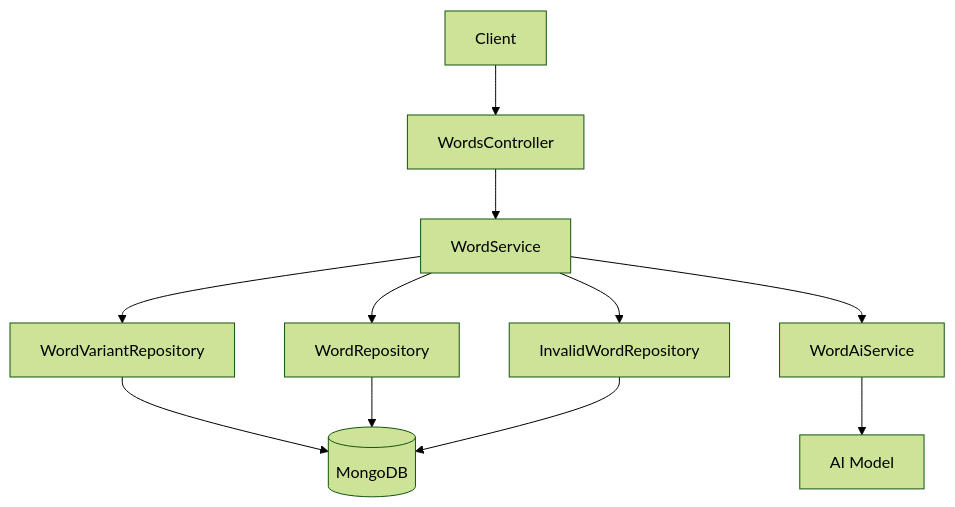
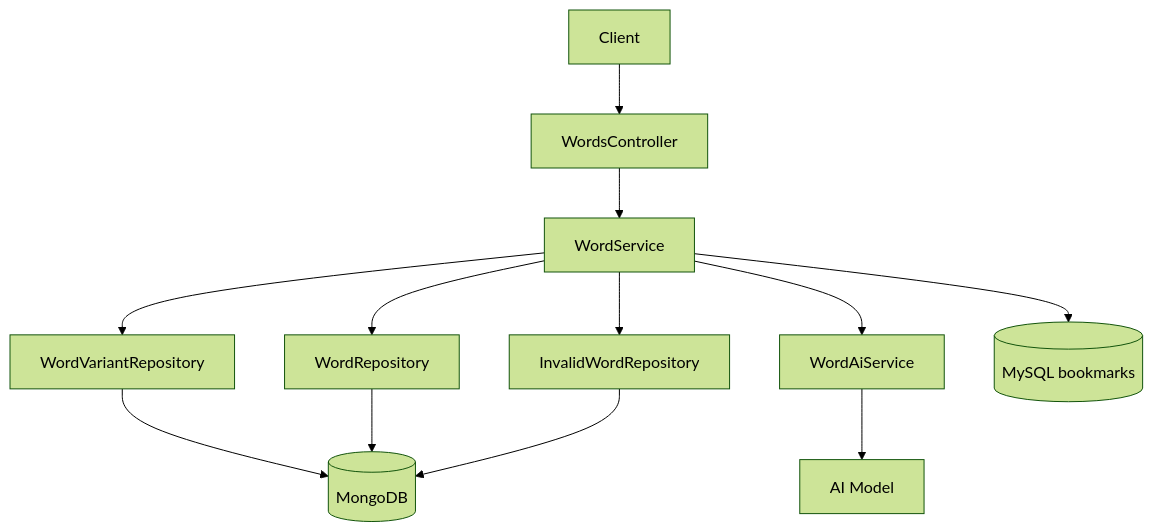
One commit to SWM16-ASAP/back-server changed the first of 2 diagrams in docs/architecture/word.md. Above: the diagram before and after it, drawn with Mermaid (forest theme). The commit also changed other lines of this file and 11 other files, not shown here.

````diff
--- a/docs/architecture/word.md
+++ b/docs/architecture/word.md
@@ -30,23 +31,25 @@
 ```mermaid
 flowchart TD
     Client[Client]
     Controller[WordsController]
     Service[WordService]
     AI[WordAiService]
     VariantRepo[WordVariantRepository]
     WordRepo[WordRepository]
     InvalidRepo[InvalidWordRepository]
     Mongo[(MongoDB)]
+    MySQL[(MySQL bookmarks)]
     Model[AI Model]
 
     Client --> Controller
     Controller --> Service
     Service --> VariantRepo
     Service --> WordRepo
     Service --> InvalidRepo
     Service --> AI
+    Service --> MySQL
     AI --> Model
     VariantRepo --> Mongo
     WordRepo --> Mongo
     InvalidRepo --> Mongo
 ```
````
